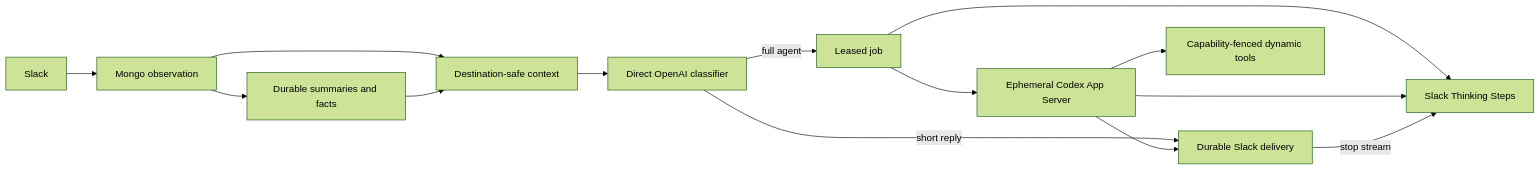
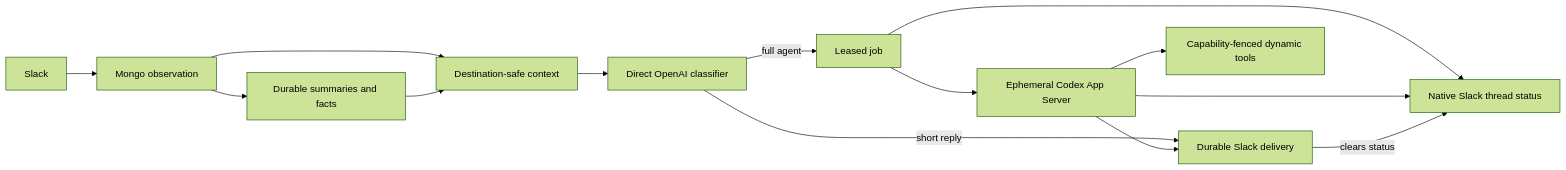
One commit to telemetryOS/tos-tag changed the diagram in README.md. Above: the diagram before and after it, drawn with Mermaid (forest theme). The commit also changed other lines of this file and 65 other files, not shown here.

````diff
--- a/README.md
+++ b/README.md
@@ -77,16 +76,16 @@
 ```mermaid
 flowchart LR
     Slack --> Observe["Mongo observation"]
     Observe --> Context["Destination-safe context"]
     Observe --> Memory["Durable summaries and facts"]
     Memory --> Context
     Context --> Classifier["Direct OpenAI classifier"]
     Classifier -->|short reply| Delivery["Durable Slack delivery"]
     Classifier -->|full agent| Job["Leased job"]
     Job --> Codex["Ephemeral Codex App Server"]
     Codex --> Tools["Capability-fenced dynamic tools"]
-    Job --> Steps["Slack Thinking Steps"]
-    Codex --> Steps
+    Job --> Status["Native Slack thread status"]
+    Codex --> Status
     Codex --> Delivery
-    Delivery -->|stop stream| Steps
+    Delivery -->|clears status| Status
 ```
````
